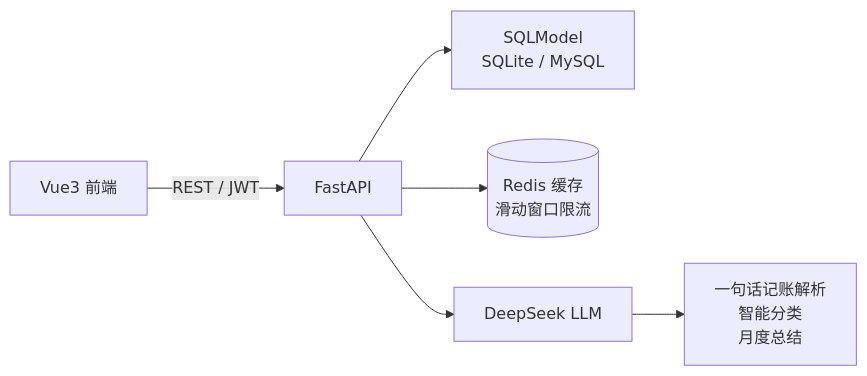
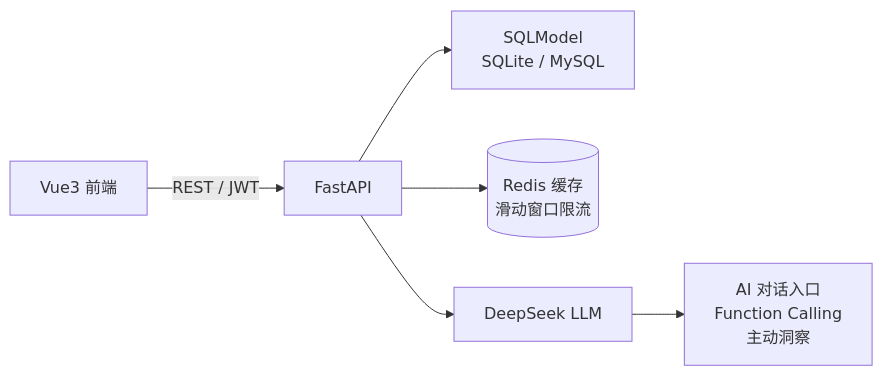
The diagram in README.md (hpx123300/money-mate), drawn with Mermaid before and after one commit. The commit also changed other lines of this file and 15 other files, not shown here.

````diff
--- a/README.md
+++ b/README.md
@@ -27,8 +28,8 @@
 ```mermaid
 flowchart LR
     V[Vue3 前端] -->|REST / JWT| A[FastAPI]
     A --> S[SQLModel<br/>SQLite / MySQL]
     A --> R[(Redis 缓存<br/>滑动窗口限流)]
     A --> L[DeepSeek LLM]
-    L --> P[一句话记账解析<br/>智能分类<br/>月度总结]
+    L --> P[AI 对话入口<br/>Function Calling<br/>主动洞察]
 ```
````
